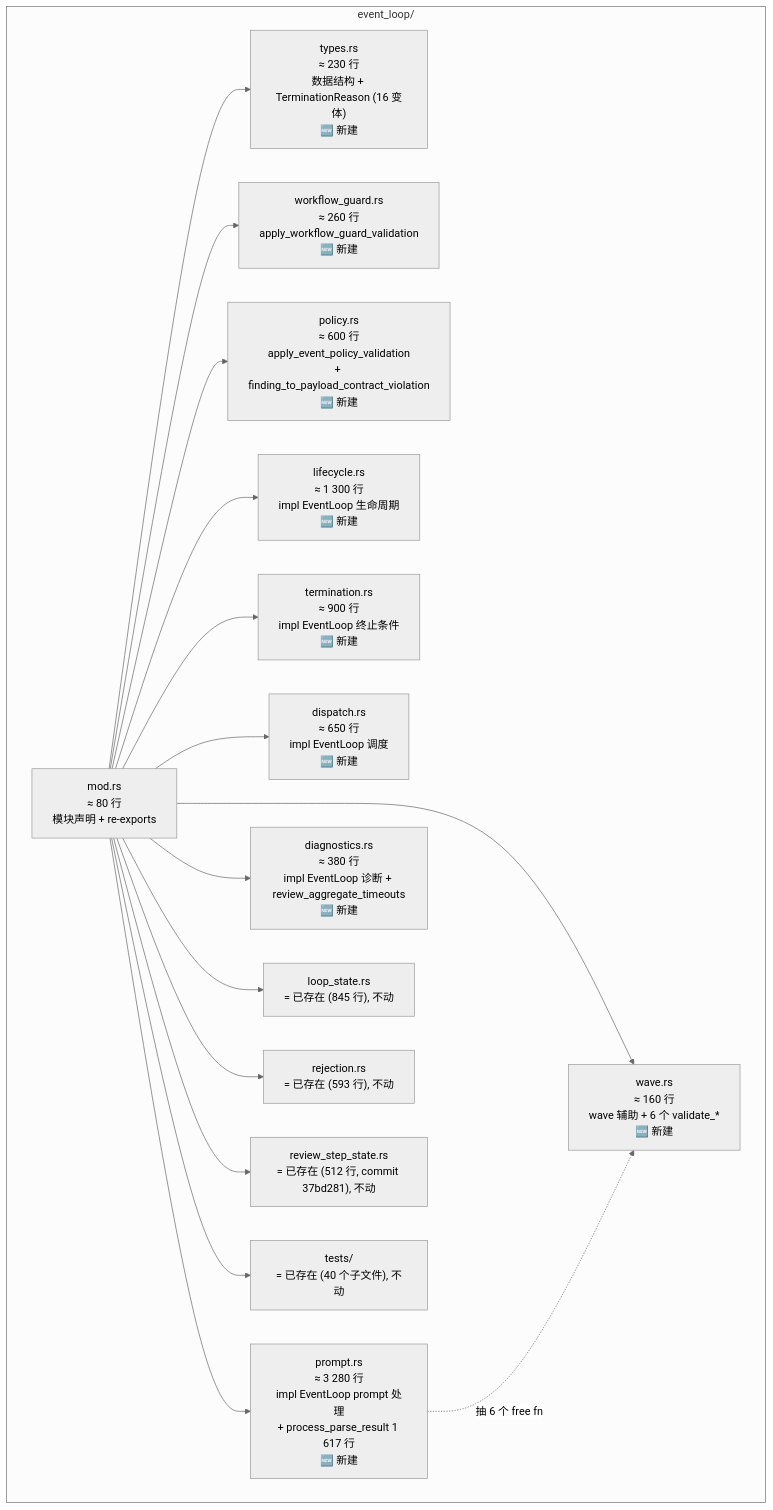
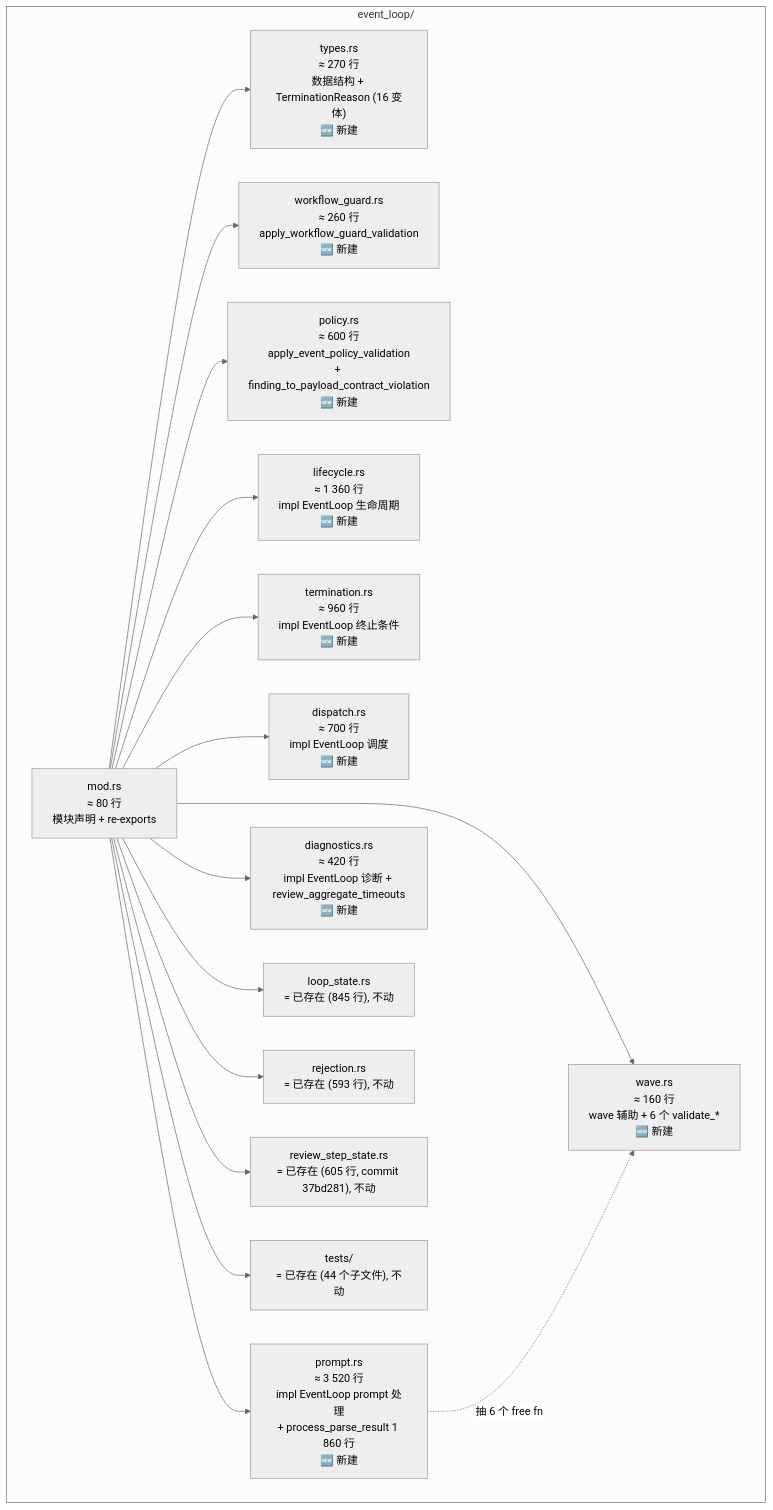
Before and after one commit to pittcat/ralph-orchestrator: the first of 3 diagrams in docs/plans/2026-06-10-003-refactor-event-loop-and-loop-runner-tests-split-plan.md, drawn with Mermaid (neutral theme). The commit also changed other lines of this file and 1 other file, not shown here.

First line of the commit message:
docs(plan): 刷新 event_loop/loop_runner tests 拆分计划基线至 commit dbe6f35 (v4)

````diff
--- a/docs/plans/2026-06-10-003-refactor-event-loop-and-loop-runner-tests-split-plan.md
+++ b/docs/plans/2026-06-10-003-refactor-event-loop-and-loop-runner-tests-split-plan.md
@@ -97,33 +99,33 @@
 ```mermaid
 flowchart TB
   subgraph event_loop["event_loop/"]
     mod_rs["mod.rs<br/>≈ 80 行<br/>模块声明 + re-exports"]
-    types["types.rs<br/>≈ 230 行<br/>数据结构 + TerminationReason (16 变体)<br/>🆕 新建"]
+    types["types.rs<br/>≈ 270 行<br/>数据结构 + TerminationReason (16 变体)<br/>🆕 新建"]
     workflow["workflow_guard.rs<br/>≈ 260 行<br/>apply_workflow_guard_validation<br/>🆕 新建"]
     policy["policy.rs<br/>≈ 600 行<br/>apply_event_policy_validation<br/>+ finding_to_payload_contract_violation<br/>🆕 新建"]
-    lifecycle["lifecycle.rs<br/>≈ 1 300 行<br/>impl EventLoop 生命周期<br/>🆕 新建"]
-    termination["termination.rs<br/>≈ 900 行<br/>impl EventLoop 终止条件<br/>🆕 新建"]
-    dispatch["dispatch.rs<br/>≈ 650 行<br/>impl EventLoop 调度<br/>🆕 新建"]
-    prompt["prompt.rs<br/>≈ 3 280 行<br/>impl EventLoop prompt 处理<br/>+ process_parse_result 1 617 行<br/>🆕 新建"]
-    diagnostics["diagnostics.rs<br/>≈ 380 行<br/>impl EventLoop 诊断 + review_aggregate_timeouts<br/>🆕 新建"]
+    lifecycle["lifecycle.rs<br/>≈ 1 360 行<br/>impl EventLoop 生命周期<br/>🆕 新建"]
+    termination["termination.rs<br/>≈ 960 行<br/>impl EventLoop 终止条件<br/>🆕 新建"]
+    dispatch["dispatch.rs<br/>≈ 700 行<br/>impl EventLoop 调度<br/>🆕 新建"]
+    prompt["prompt.rs<br/>≈ 3 520 行<br/>impl EventLoop prompt 处理<br/>+ process_parse_result 1 860 行<br/>🆕 新建"]
+    diagnostics["diagnostics.rs<br/>≈ 420 行<br/>impl EventLoop 诊断 + review_aggregate_timeouts<br/>🆕 新建"]
     wave["wave.rs<br/>≈ 160 行<br/>wave 辅助 + 6 个 validate_*<br/>🆕 新建"]
     loop_state["loop_state.rs<br/>= 已存在 (845 行), 不动"]
     rejection["rejection.rs<br/>= 已存在 (593 行), 不动"]
-    review_step["review_step_state.rs<br/>= 已存在 (512 行, commit 37bd281), 不动"]
-    tests["tests/<br/>= 已存在 (40 个子文件), 不动"]
+    review_step["review_step_state.rs<br/>= 已存在 (605 行, commit 37bd281), 不动"]
+    tests["tests/<br/>= 已存在 (44 个子文件), 不动"]
   end
   mod_rs --> types
   mod_rs --> workflow
   mod_rs --> policy
   mod_rs --> lifecycle
   mod_rs --> termination
   mod_rs --> dispatch
   mod_rs --> prompt
   mod_rs --> diagnostics
   mod_rs --> wave
   mod_rs --> loop_state
   mod_rs --> rejection
   mod_rs --> review_step
   mod_rs --> tests
   prompt -.抽 6 个 free fn.-> wave
 ```
````
